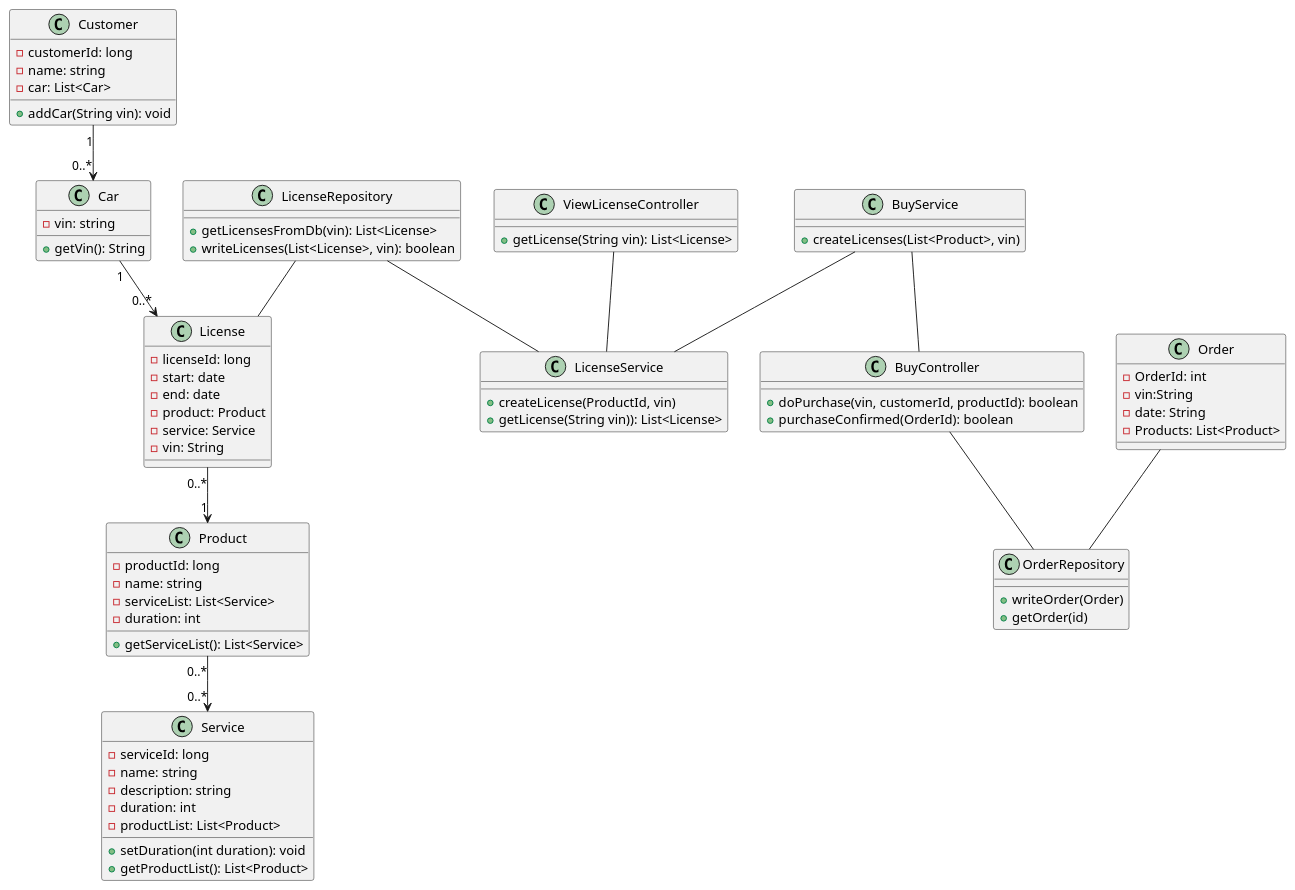
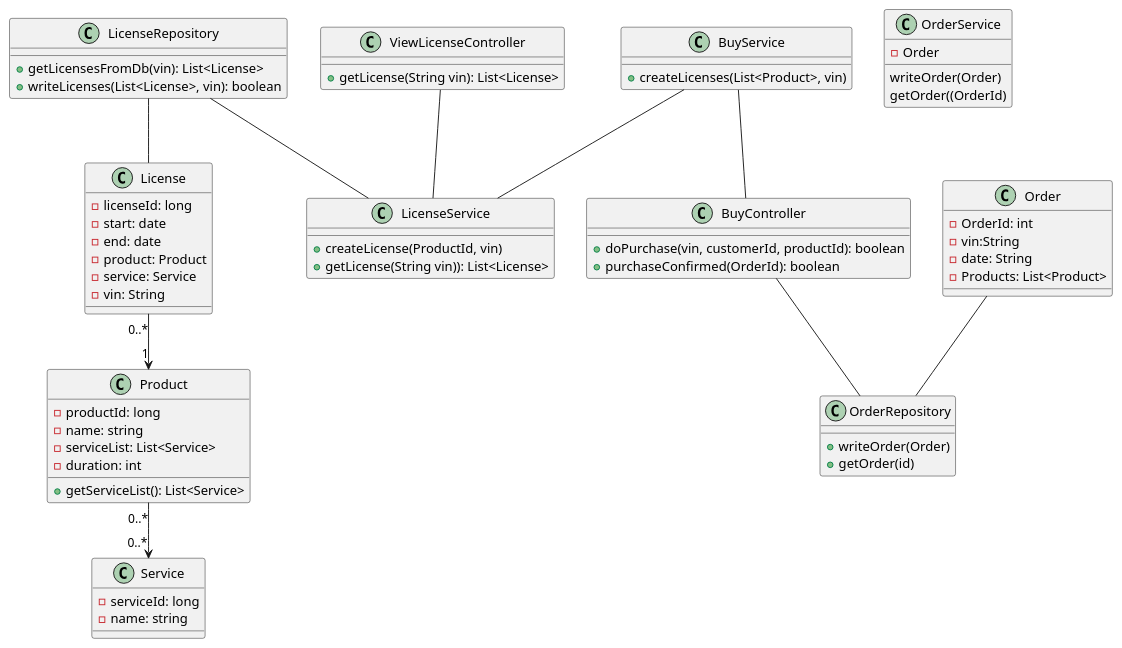
Before and after one commit to ljbg1996/car-backend: the diagram in Phase_1/2.0 class.puml, drawn with PlantUML.

Commit message:
Customer class taken out, Car taken out.

```diff
--- a/Phase_1/2.0 class.puml
+++ b/Phase_1/2.0 class.puml
@@ -1,169 +1,172 @@
 @startuml
-class Car {
-    - vin: string
+'class Car {
+    '- vin: string
     '- owner: Customer
     '- serviceList: List<Service>
     '- licenseList: List<License>
 
     '+ setLicenseList(List<License> licenseList): void
     '+ setserviceList(List<Service> serviceList): void
     '+ setOwner(Customer c): void
     '+ getServiceList(): List<Service>
-    + getVin(): String
+    '+ getVin(): String
 
-}
+'}
 
 'class CarRepository{
 
   '  + getCarFromDb((String vin): Car
 
 
 '}
 
-class Customer {
-    - customerId: long
-    - name: string
-    - car: List<Car>
+'class Customer {
+    '- customerId: long
+    '- name: string
+    '- car: List<Car>
 
-    + addCar(String vin): void
+    '+ addCar(String vin): void
 
 
-}
+'}
 
 'class CustomerRepository{}
-
 'class ProductRepository{}
 
 
 class Product {
     - productId: long
     - name: string
     - serviceList: List<Service>
     '- price: double
     - duration: int
-
     '+ setPrice(double price): void
     + getServiceList(): List<Service>
 
 }
 
 
 
 class Service {
     - serviceId: long
     - name: string
-    - description: string
-    - duration: int
-    - productList: List<Product>
+    '- description: string
+    '- duration: int
 
-    + setDuration(int duration): void
-    + getProductList(): List<Product>
 
 
 }
 
 'class ServiceRepository{
 
  '   +getServiceFromDb(serviceId): Service
 
 '}
 
 class License {
     - licenseId: long
     - start: date
     - end: date
     - product: Product
     - service: Service
     - vin: String
 
    '+ extendLicense(license: License, duration: int): void
 
 }
 
 class LicenseRepository{
 
     +getLicensesFromDb(vin): List<License>
     +writeLicenses(List<License>, vin): boolean
 
 }
 
 class ViewLicenseController {
 
 
     + getLicense(String vin): List<License>
 
 }
 
 class BuyController {
 
     + doPurchase(vin, customerId, productId): boolean
     + purchaseConfirmed(OrderId): boolean
     'Kaufdatum?
 }
 
 class OrderRepository{
 +writeOrder(Order)
 +getOrder(id)
 }
 
 class Order{
 -OrderId: int
 -vin:String
 -date: String
 -Products: List<Product>
 
 }
 
+class OrderService{
+    -Order
+    writeOrder(Order)
+    getOrder((OrderId)
+}
+
+
+
 
 'class ViewProductController {
 
  '   + getProductList(String vin): List<Product>
 
 '}
 
 class LicenseService{
 
     + createLicense(ProductId, vin)
     + getLicense(String vin)): List<License>
 
 }
 
 class BuyService {
 
     +createLicenses(List<Product>, vin)
 }
 
 'class ViewProductService {
 
  '   + getCar(String vin): Car
   '  + addProductsToNewProductList(List<Product>):List<Product>
 '}
 
 
 
 
 
 
 
 LicenseRepository-- License
 LicenseRepository -- LicenseService
 BuyService -- LicenseService
 ViewLicenseController -- LicenseService
 BuyController -- OrderRepository
 Order -- OrderRepository
 'CarRepository -- Lice  nseService
 'ProductRepository -- Product
 'CarRepository -- ViewProductService
 
 'ViewProductController -- ViewProductService
 BuyService -- BuyController
 'CarRepository -- Car
 'CustomerRepository -- Customer
 'ServiceRepository -- Service
-Customer "1" --> "0..*" Car
-Car "1" --> "0..*" License
+'Customer "1" --> "0..*" Car
+'Car "1" --> "0..*" License
 'Car "1" --> "0..*" Service
 License "0..*"--> "1"Product
 Product "0..*" --> "0..*" Service
 
 @enduml
```
